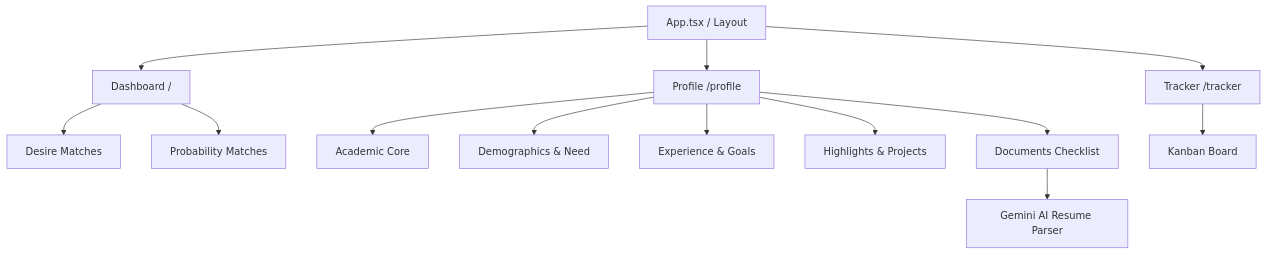
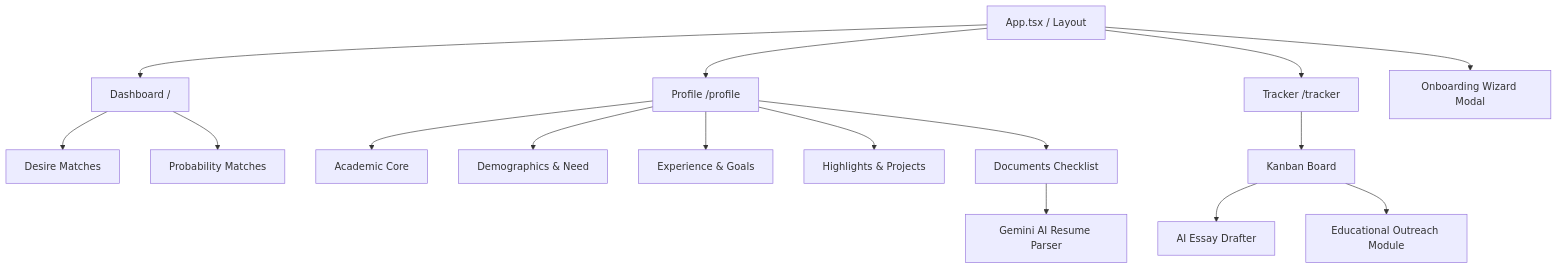
Before and after one commit to miguelangelcdm/scholarship-hunter: the diagram in README.md, drawn with Mermaid. The commit also changed other lines of this file and 25 other files, not shown here.

Commit message:
feat: implement onboarding wizard, resume parsing, visual map, outreach module, layout and suggestions fixes

````diff
--- a/README.md
+++ b/README.md
@@ -11,15 +13,18 @@
 ```mermaid
 graph TD;
     A[App.tsx / Layout] --> B[Dashboard /];
     A --> C[Profile /profile];
     A --> D[Tracker /tracker];
+    A --> O[Onboarding Wizard Modal];
     B --> E[Desire Matches];
     B --> F[Probability Matches];
     C --> G[Academic Core];
     C --> H[Demographics & Need];
     C --> J[Experience & Goals];
     C --> K[Highlights & Projects];
     C --> L[Documents Checklist];
     L --> M[Gemini AI Resume Parser];
     D --> I[Kanban Board];
+    I --> P[AI Essay Drafter];
+    I --> Q[Educational Outreach Module];
 ```
````
